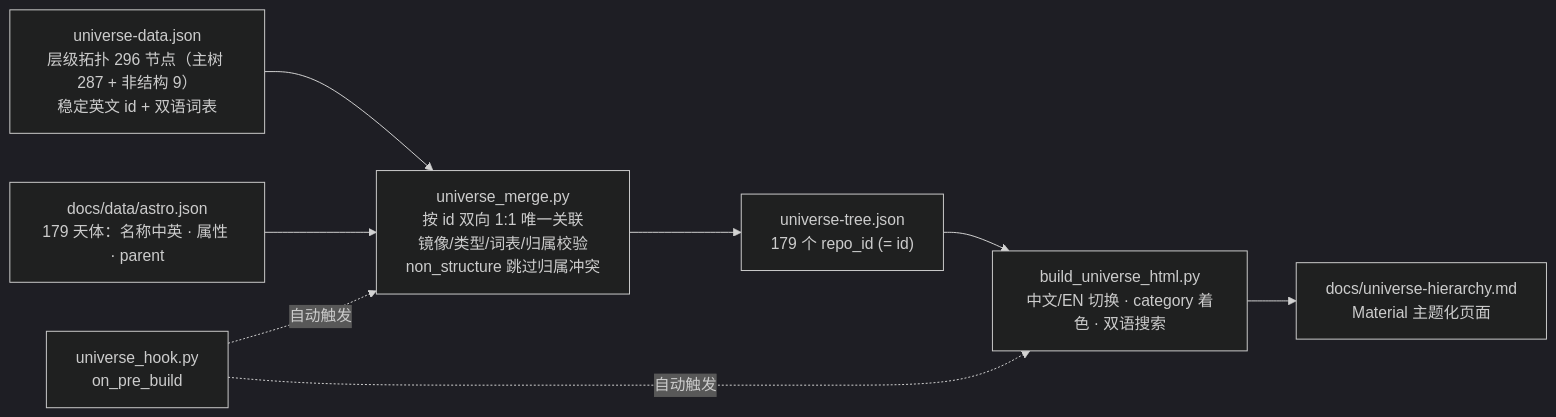
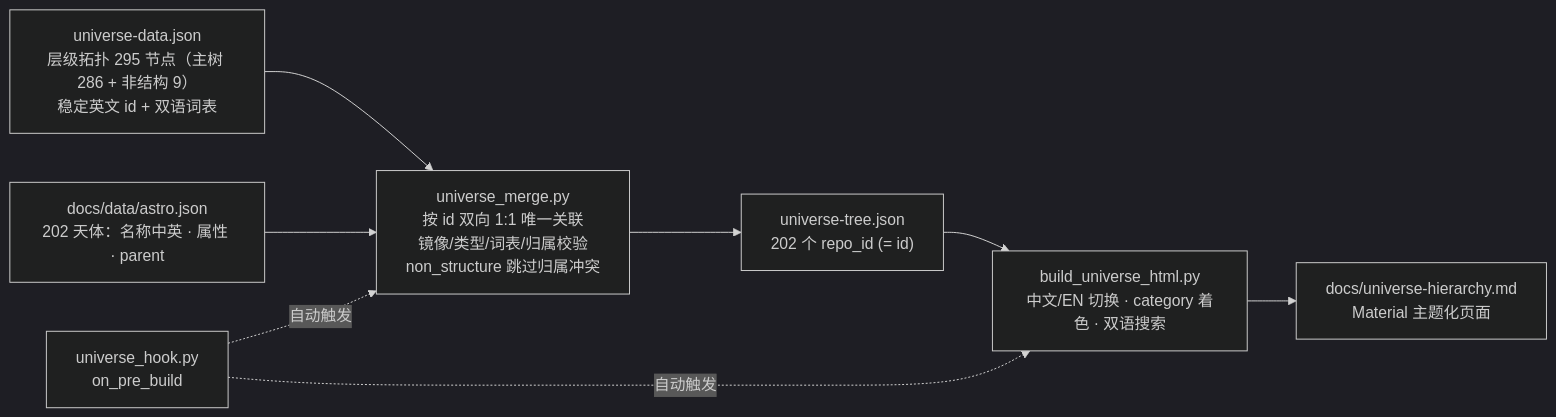
One commit to yufengwolf/astro-blog changed the second of 3 diagrams in README.md. Above: the diagram before and after it, drawn with Mermaid (dark theme). The commit also changed other lines of this file and 239 other files, not shown here.

````diff
--- a/README.md
+++ b/README.md
@@ -236,10 +236,10 @@
 ```mermaid
 flowchart LR
-    UD["universe-data.json<br/>层级拓扑 296 节点（主树 287 + 非结构 9）<br/>稳定英文 id + 双语词表"] --> M["universe_merge.py<br/>按 id 双向 1:1 唯一关联<br/>镜像/类型/词表/归属校验<br/>non_structure 跳过归属冲突"]
-    AS["docs/data/astro.json<br/>179 天体：名称中英 · 属性 · parent"] --> M
-    M --> UT["universe-tree.json<br/>179 个 repo_id (= id)"]
+    UD["universe-data.json<br/>层级拓扑 295 节点（主树 286 + 非结构 9）<br/>稳定英文 id + 双语词表"] --> M["universe_merge.py<br/>按 id 双向 1:1 唯一关联<br/>镜像/类型/词表/归属校验<br/>non_structure 跳过归属冲突"]
+    AS["docs/data/astro.json<br/>202 天体：名称中英 · 属性 · parent"] --> M
+    M --> UT["universe-tree.json<br/>202 个 repo_id (= id)"]
     UT --> B["build_universe_html.py<br/>中文/EN 切换 · category 着色 · 双语搜索"]
     B --> PG["docs/universe-hierarchy.md<br/>Material 主题化页面"]
     H["universe_hook.py<br/>on_pre_build"] -. 自动触发 .-> M
     H -. 自动触发 .-> B
 ```
````
